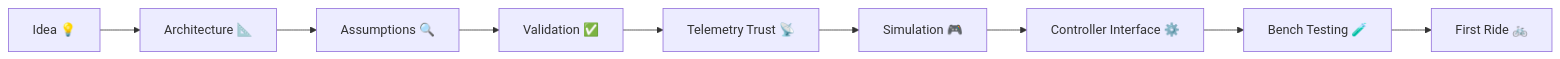
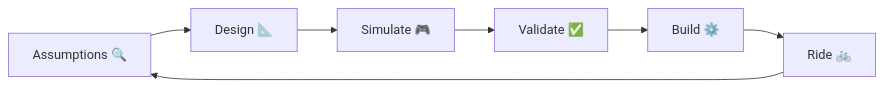
Before and after one commit to tspreck/ferrous-drive: the first of 2 diagrams in README.md, drawn with Mermaid. The commit also changed other lines of this file, not shown here.

````diff
--- a/README.md
+++ b/README.md
@@ -59,11 +34,16 @@
 ```mermaid
 flowchart LR
-    A[Idea 💡] --> B[Architecture 📐]
-    B --> C[Assumptions 🔍]
-    C --> D[Validation ✅]
-    D --> E[Telemetry Trust 📡]
-    E --> F[Simulation 🎮]
-    F --> G[Controller Interface ⚙️]
-    G --> H[Bench Testing 🧪]
-    H --> I[First Ride 🚲]
+    A[Assumptions 🔍]
+    B[Design 📐]
+    C[Simulate 🎮]
+    D[Validate ✅]
+    E[Build ⚙️]
+    F[Ride 🚲]
+
+    A --> B
+    B --> C
+    C --> D
+    D --> E
+    E --> F
+    F --> A
 ```
````
